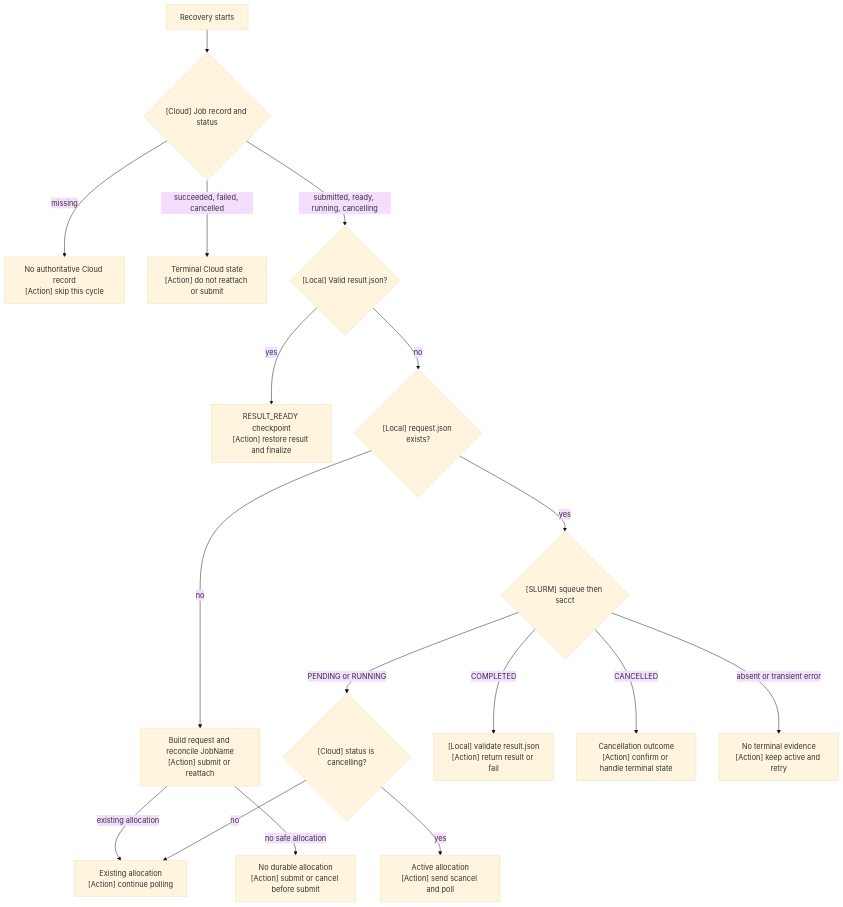
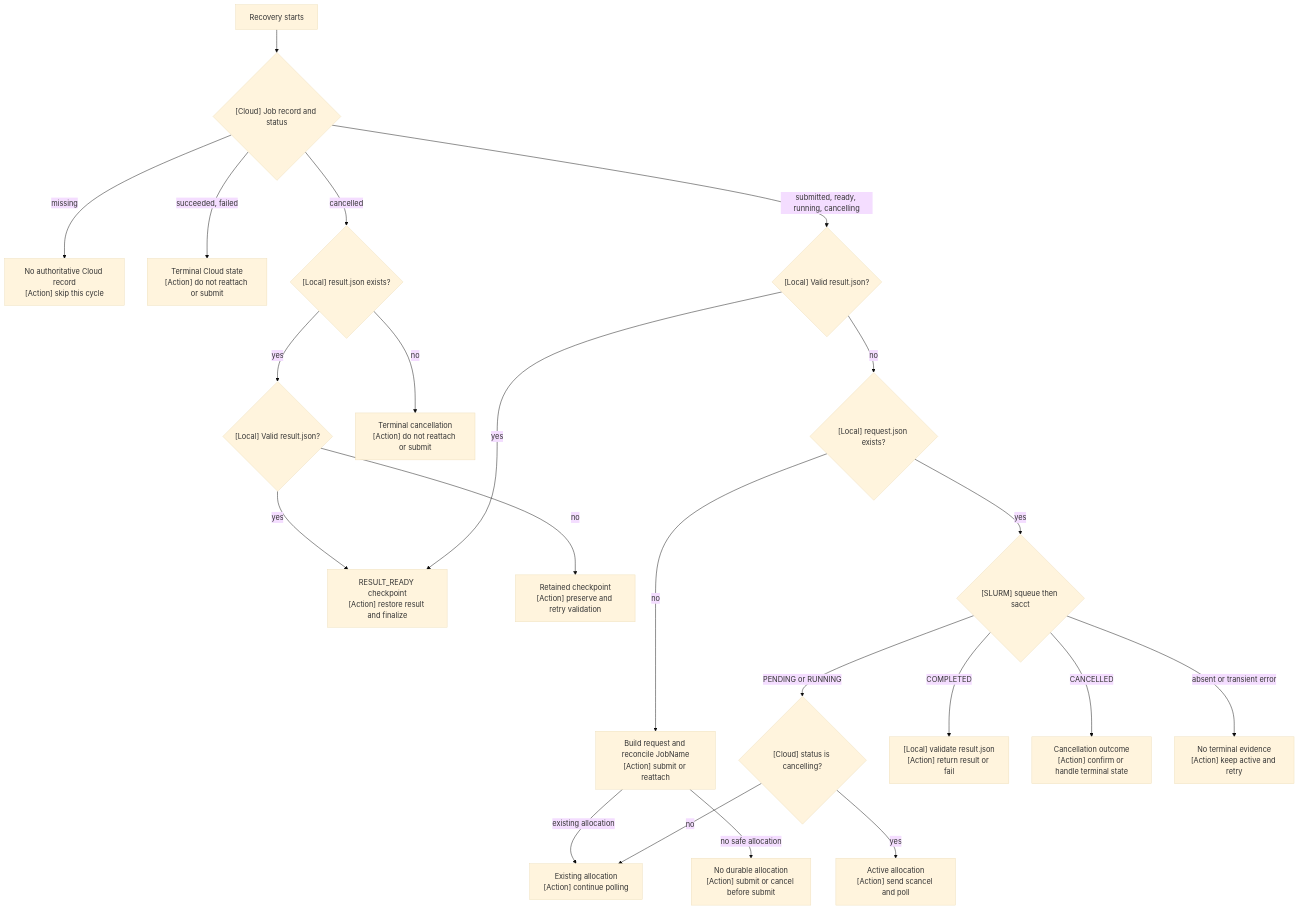
One commit to oqtopus-team/oqtopus-engine changed the fourth of 4 diagrams in docs/features/slurm_simulator/overview.md. Above: the diagram before and after it, drawn with Mermaid (base theme). The commit also changed other lines of this file and 7 other files, not shown here.

````diff
--- a/docs/features/slurm_simulator/overview.md
+++ b/docs/features/slurm_simulator/overview.md
@@ -469,21 +472,26 @@
 ```mermaid
 flowchart TD
   Start["Recovery starts"] --> Cloud{"[Cloud] Job record and status"}
   Cloud -->|missing| Missing["No authoritative Cloud record<br/>[Action] skip this cycle"]
-  Cloud -->|succeeded, failed, cancelled| Terminal["Terminal Cloud state<br/>[Action] do not reattach or submit"]
+  Cloud -->|succeeded, failed| Terminal["Terminal Cloud state<br/>[Action] do not reattach or submit"]
+  Cloud -->|cancelled| CancelledCloud{"[Local] result.json exists?"}
+  CancelledCloud -->|yes| CancelledResult{"[Local] Valid result.json?"}
+  CancelledResult -->|yes| Return
+  CancelledResult -->|no| InvalidResult["Retained checkpoint<br/>[Action] preserve and retry validation"]
+  CancelledCloud -->|no| CancelledTerminal["Terminal cancellation<br/>[Action] do not reattach or submit"]
   Cloud -->|submitted, ready, running, cancelling| Result{"[Local] Valid result.json?"}
 
   Result -->|yes| Return["RESULT_READY checkpoint<br/>[Action] restore result and finalize"]
   Result -->|no| Request{"[Local] request.json exists?"}
   Request -->|no| Reconcile["Build request and reconcile JobName<br/>[Action] submit or reattach"]
   Reconcile -->|existing allocation| Continue["Existing allocation<br/>[Action] continue polling"]
   Reconcile -->|no safe allocation| Submit["No durable allocation<br/>[Action] submit or cancel before submit"]
 
   Request -->|yes| Slurm{"[SLURM] squeue then sacct"}
   Slurm -->|PENDING or RUNNING| CancelCheck{"[Cloud] status is cancelling?"}
   CancelCheck -->|no| Continue
   CancelCheck -->|yes| Cancel["Active allocation<br/>[Action] send scancel and poll"]
   Slurm -->|COMPLETED| Validate["[Local] validate result.json<br/>[Action] return result or fail"]
   Slurm -->|CANCELLED| Cancelled["Cancellation outcome<br/>[Action] confirm or handle terminal state"]
   Slurm -->|absent or transient error| Retry["No terminal evidence<br/>[Action] keep active and retry"]
 ```
````
